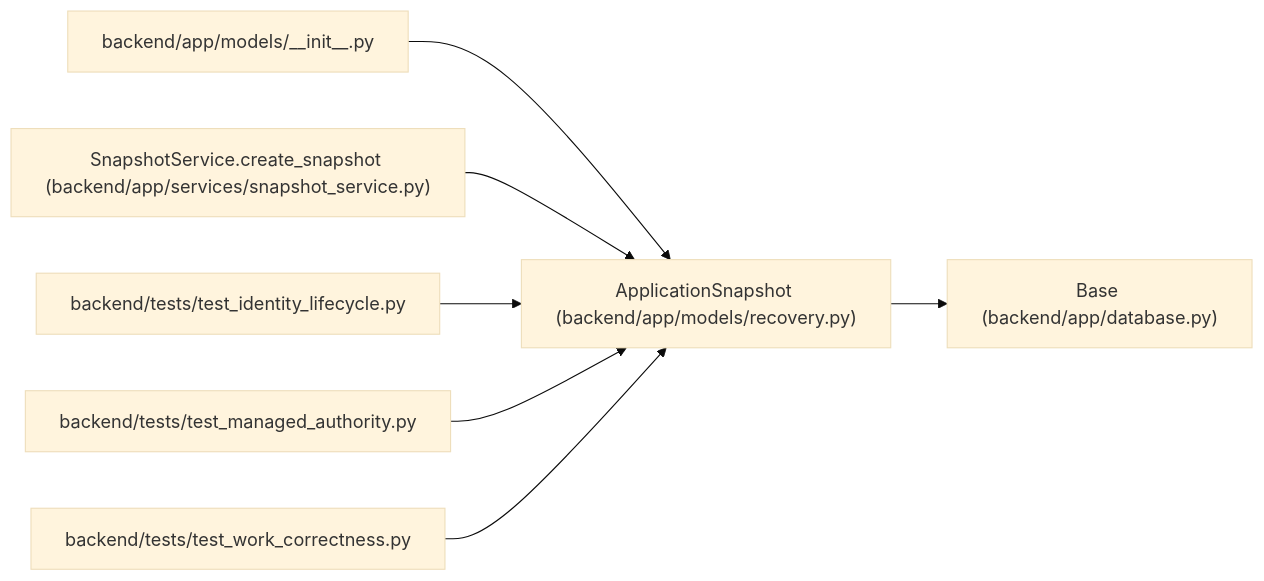
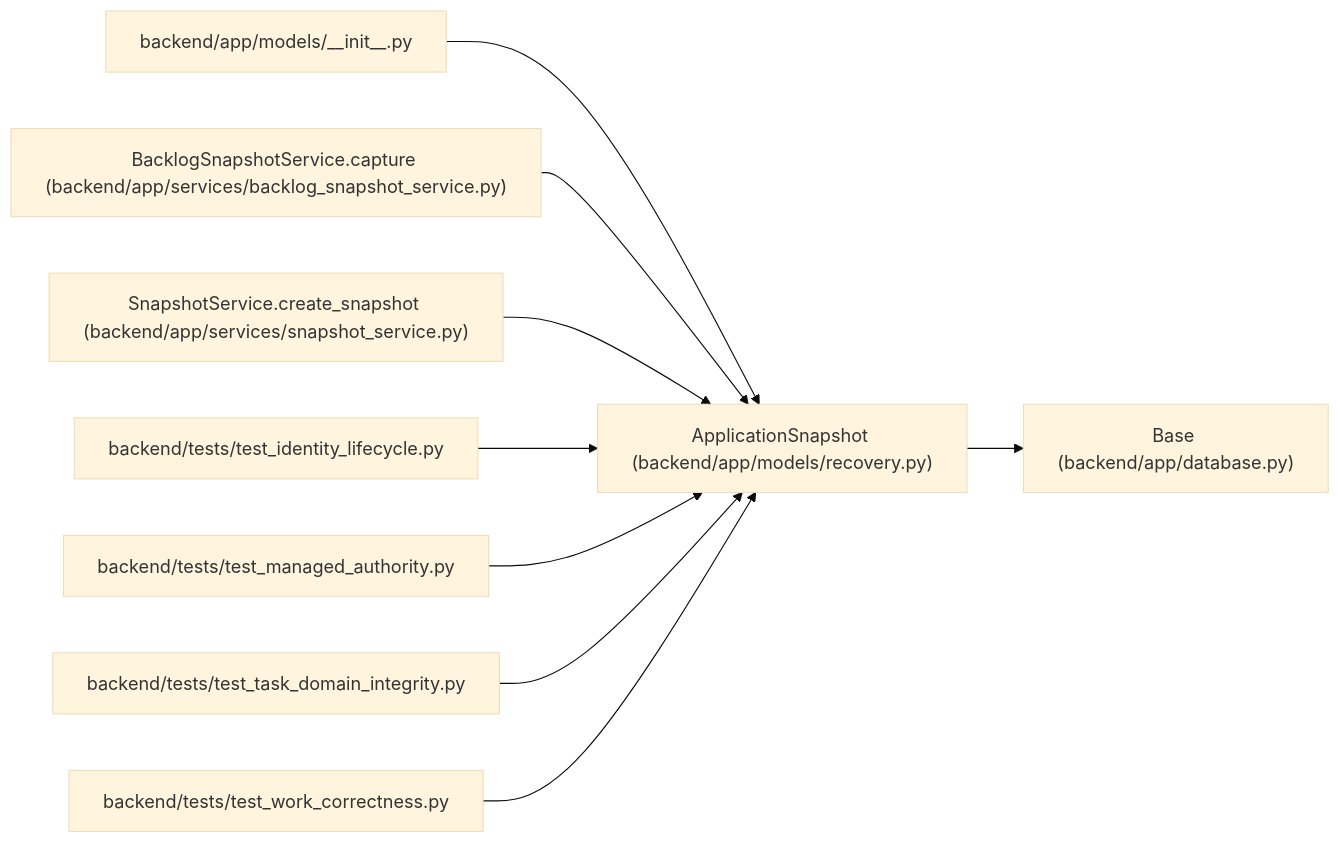
One commit to Denissvgn/WorkChord changed the diagram in docs/llm_wiki/entities/ApplicationSnapshot.md. Above: the diagram before and after it, drawn with Mermaid (base theme). The commit also changed other lines of this file and 1238 other files, not shown here.

First line of the commit message:
docs(wiki): publish compact canonical domain architecture

````diff
--- a/docs/llm_wiki/entities/ApplicationSnapshot.md
+++ b/docs/llm_wiki/entities/ApplicationSnapshot.md
@@ -34,23 +37,29 @@
 ```mermaid
 flowchart LR
     n0["ApplicationSnapshot (backend/app/models/recovery.py)"]
     n1["Base (backend/app/database.py)"]
     n2["backend/app/models/__init__.py"]
-    n3["SnapshotService.create_snapshot (backend/app/services/snapshot_service.py)"]
-    n4["backend/tests/test_identity_lifecycle.py"]
-    n5["backend/tests/test_managed_authority.py"]
-    n6["backend/tests/test_work_correctness.py"]
+    n3["BacklogSnapshotService.capture (backend/app/services/backlog_snapshot_service.py)"]
+    n4["SnapshotService.create_snapshot (backend/app/services/snapshot_service.py)"]
+    n5["backend/tests/test_identity_lifecycle.py"]
+    n6["backend/tests/test_managed_authority.py"]
+    n7["backend/tests/test_task_domain_integrity.py"]
+    n8["backend/tests/test_work_correctness.py"]
     n0 --> n1
     n2 --> n0
     n3 --> n0
     n4 --> n0
     n5 --> n0
     n6 --> n0
+    n7 --> n0
+    n8 --> n0
     click n0 "../modules/recovery.md"
     click n1 "../modules/app_database.md"
     click n2 "../modules/models___init__.md"
-    click n3 "../modules/snapshot_service.md"
-    click n4 "../modules/test_identity_lifecycle.md"
-    click n5 "../modules/test_managed_authority.md"
-    click n6 "../modules/test_work_correctness.md"
+    click n3 "../modules/backlog_snapshot_service.md"
+    click n4 "../modules/snapshot_service.md"
+    click n5 "../modules/test_identity_lifecycle.md"
+    click n6 "../modules/test_managed_authority.md"
+    click n7 "../modules/test_task_domain_integrity.md"
+    click n8 "../modules/test_work_correctness.md"
 ```
````
